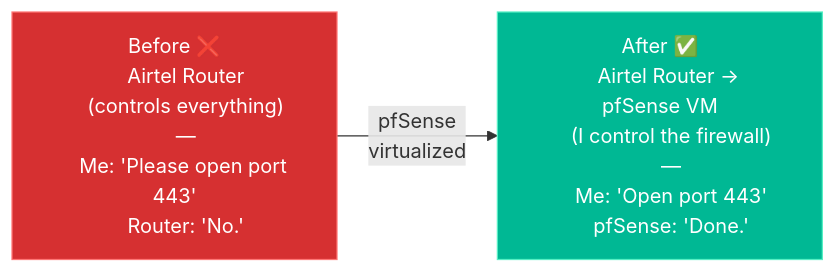
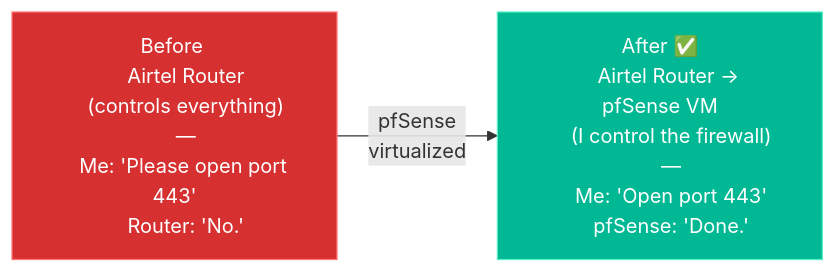
Before and after one commit to ull0sm/pfsense-config-notes: the third of 3 diagrams in docs/02-the-isp-wall.md, drawn with Mermaid. The commit also changed other lines of this file and 3 other files, not shown here.

````diff
--- a/docs/02-the-isp-wall.md
+++ b/docs/02-the-isp-wall.md
@@ -121,21 +121,21 @@
 ```mermaid
 flowchart LR
-    BEFORE["Before ❌
+    BEFORE["Before 
     Airtel Router
     (controls everything)
     —
     Me: 'Please open port 443'
     Router: 'No.'"]
 
     AFTER["After ✅
     Airtel Router → pfSense VM
     (I control the firewall)
     —
     Me: 'Open port 443'
     pfSense: 'Done.'"]
 
     BEFORE -->|"pfSense\nvirtualized"| AFTER
 
     style BEFORE fill:#d63031,stroke:#ff7675,color:#fff
     style AFTER fill:#00b894,stroke:#55efc4,color:#fff
 ```
````
